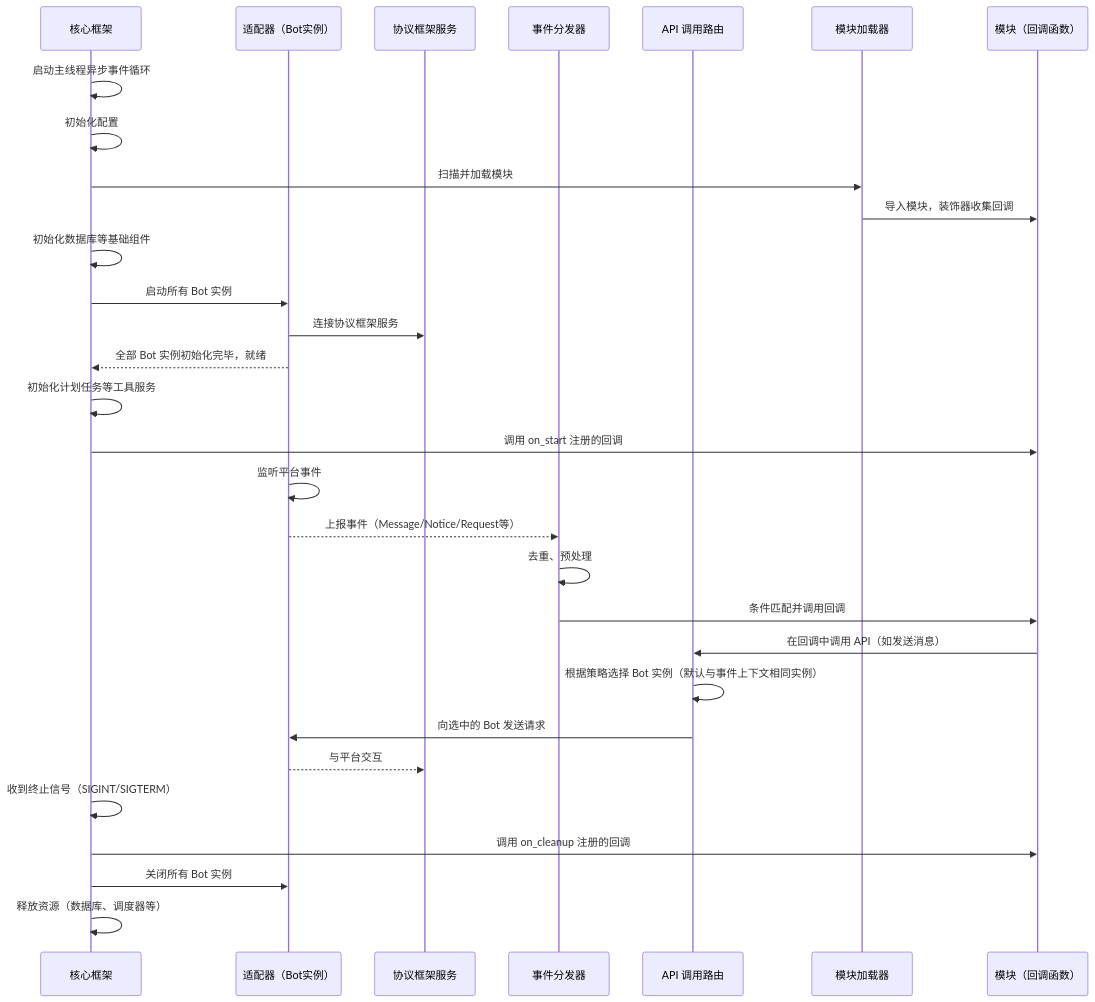
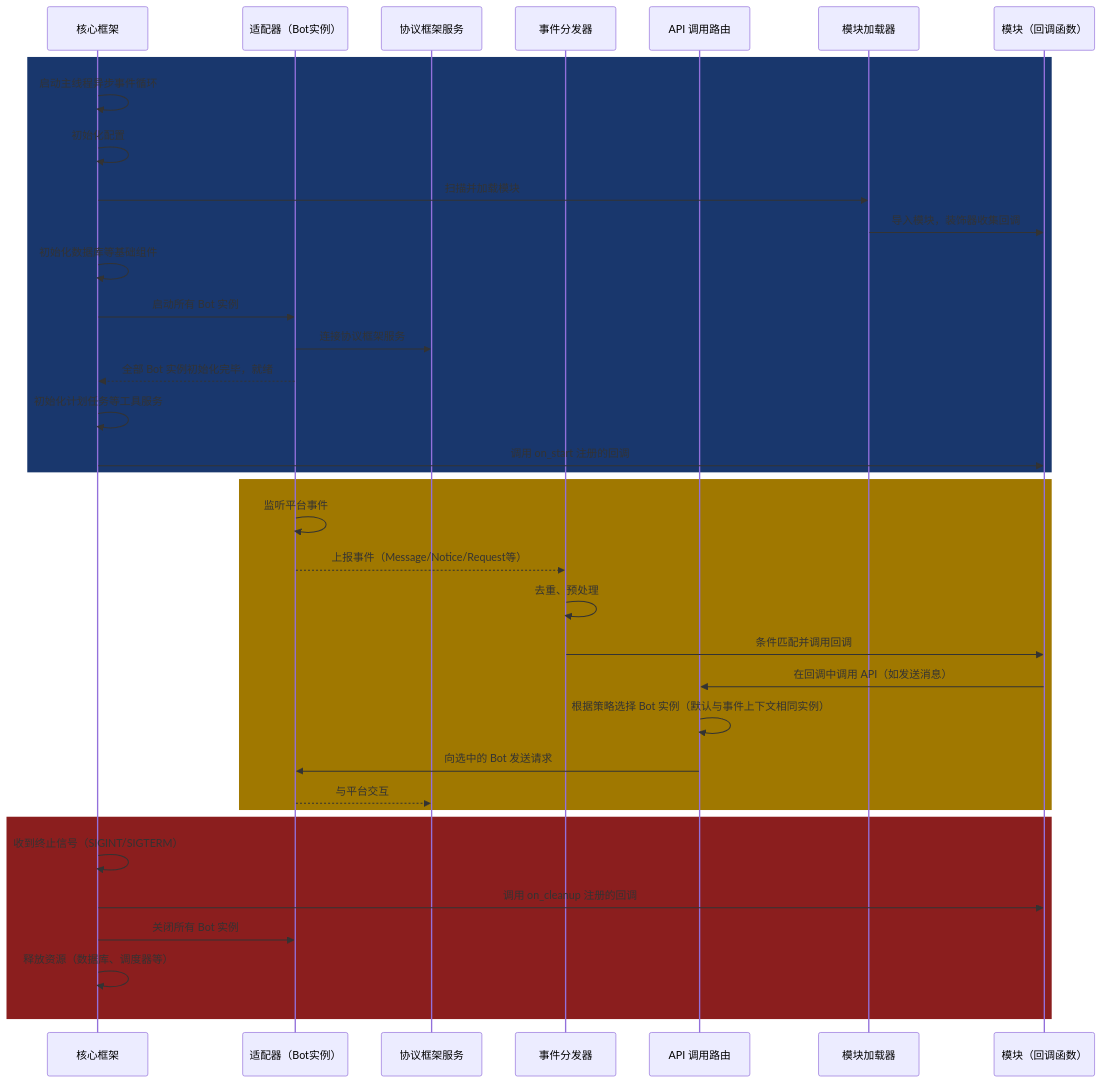
The diagram in docs/zh-CN/Aha 生命周期.md (Eric-Joker/Aha), drawn with Mermaid before and after one commit. The commit also changed 26 other files, not shown here.

````diff
--- a/docs/zh-CN/Aha 生命周期.md
+++ b/docs/zh-CN/Aha 生命周期.md
@@ -7,38 +7,44 @@
 ```mermaid
 sequenceDiagram
     participant Core as 核心框架
     participant Adapter as 适配器（Bot实例）
     participant Platform as 协议框架服务
     participant Dispatcher as 事件分发器
     participant API as API 调用路由
     participant Loader as 模块加载器
     participant Module as 模块（回调函数）
 
-    %% 启动阶段
-    Core->>Core: 启动主线程异步事件循环
-    Core->>Core: 初始化配置
-    Core->>Loader: 扫描并加载模块
-    Loader->>Module: 导入模块，装饰器收集回调
-    Core->>Core: 初始化数据库等基础组件
-    Core->>Adapter: 启动所有 Bot 实例
-    Adapter->>Platform: 连接协议框架服务
-    Adapter-->>Core: 全部 Bot 实例初始化完毕，就绪
-    Core->>Core: 初始化计划任务等工具服务
-    Core->>Module: 调用 on_start 注册的回调
+    rect rgb(25, 55, 109)
+        %% 启动阶段
+        Core->>Core: 启动主线程异步事件循环
+        Core->>Core: 初始化配置
+        Core->>Loader: 扫描并加载模块
+        Loader->>Module: 导入模块，装饰器收集回调
+        Core->>Core: 初始化数据库等基础组件
+        Core->>Adapter: 启动所有 Bot 实例
+        Adapter->>Platform: 连接协议框架服务
+        Adapter-->>Core: 全部 Bot 实例初始化完毕，就绪
+        Core->>Core: 初始化计划任务等工具服务
+        Core->>Module: 调用 on_start 注册的回调
+    end
 
-    %% 运行阶段
-    Adapter->>Adapter: 监听平台事件
-    Adapter-->>Dispatcher: 上报事件（Message/Notice/Request等）
-    Dispatcher->>Dispatcher: 去重、预处理
-    Dispatcher->>Module: 条件匹配并调用回调
-    Module->>API: 在回调中调用 API（如发送消息）
-    API->>API: 根据策略选择 Bot 实例（默认与事件上下文相同实例）
-    API->>Adapter: 向选中的 Bot 发送请求
-    Adapter-->>Platform: 与平台交互
+    rect rgb(160, 120, 0)
+        %% 运行阶段
+        Adapter->>Adapter: 监听平台事件
+        Adapter-->>Dispatcher: 上报事件（Message/Notice/Request等）
+        Dispatcher->>Dispatcher: 去重、预处理
+        Dispatcher->>Module: 条件匹配并调用回调
+        Module->>API: 在回调中调用 API（如发送消息）
+        API->>API: 根据策略选择 Bot 实例（默认与事件上下文相同实例）
+        API->>Adapter: 向选中的 Bot 发送请求
+        Adapter-->>Platform: 与平台交互
+    end
 
-    %% 关闭阶段
-    Core->>Core: 收到终止信号（SIGINT/SIGTERM）
-    Core->>Module: 调用 on_cleanup 注册的回调
-    Core->>Adapter: 关闭所有 Bot 实例
-    Core->>Core: 释放资源（数据库、调度器等）
+    rect rgb(139, 30, 30)
+        %% 关闭阶段
+        Core->>Core: 收到终止信号（SIGINT/SIGTERM）
+        Core->>Module: 调用 on_cleanup 注册的回调
+        Core->>Adapter: 关闭所有 Bot 实例
+        Core->>Core: 释放资源（数据库、调度器等）
+    end
 ```
````
